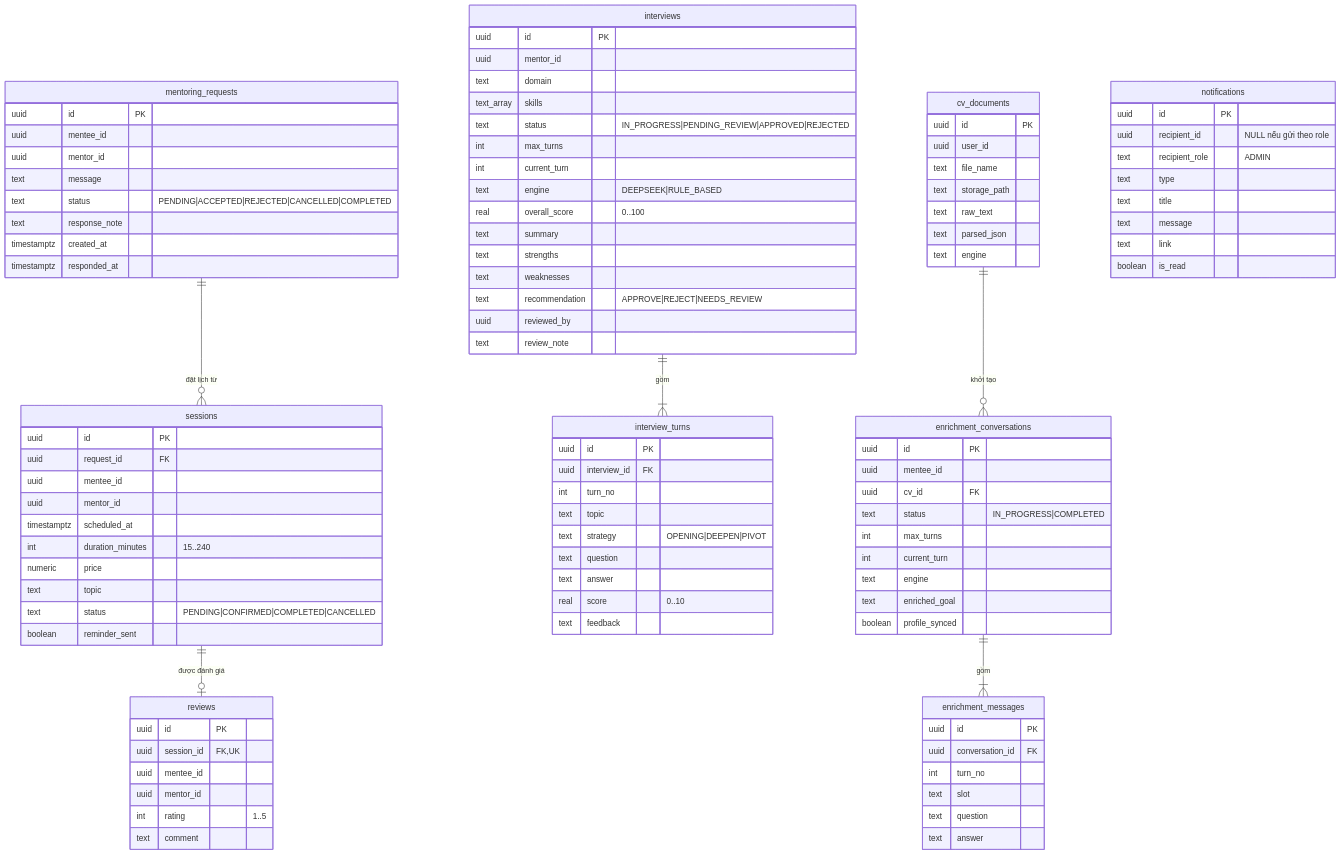
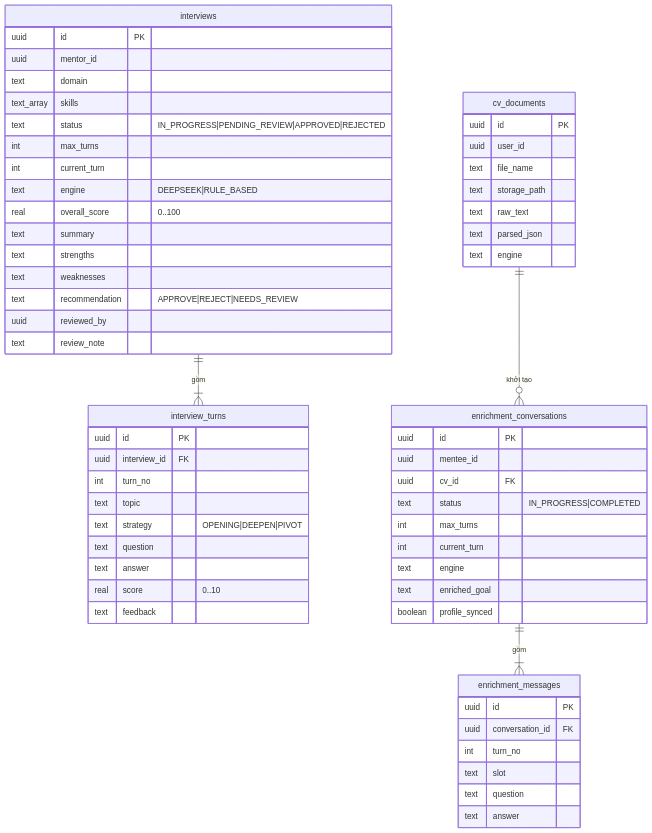
One commit to quangpham10212004/do_an_2026 changed the fourth of 6 diagrams in docs/database-design.md. Above: the diagram before and after it, drawn with Mermaid. The commit also changed 84 other files, not shown here.

````diff
--- a/docs/database-design.md
+++ b/docs/database-design.md
@@ -120,51 +182,9 @@
 ```mermaid
 erDiagram
-    mentoring_requests ||--o{ sessions : "đặt lịch từ"
-    sessions ||--o| reviews : "được đánh giá"
     interviews ||--|{ interview_turns : "gồm"
     cv_documents ||--o{ enrichment_conversations : "khởi tạo"
     enrichment_conversations ||--|{ enrichment_messages : "gồm"
 
-    mentoring_requests {
-        uuid id PK
-        uuid mentee_id
-        uuid mentor_id
-        text message
-        text status "PENDING|ACCEPTED|REJECTED|CANCELLED|COMPLETED"
-        text response_note
-        timestamptz created_at
-        timestamptz responded_at
-    }
-    sessions {
-        uuid id PK
-        uuid request_id FK
-        uuid mentee_id
-        uuid mentor_id
-        timestamptz scheduled_at
-        int duration_minutes "15..240"
-        numeric price
-        text topic
-        text status "PENDING|CONFIRMED|COMPLETED|CANCELLED"
-        boolean reminder_sent
-    }
-    reviews {
-        uuid id PK
-        uuid session_id FK,UK
-        uuid mentee_id
-        uuid mentor_id
-        int rating "1..5"
-        text comment
-    }
-    notifications {
-        uuid id PK
-        uuid recipient_id "NULL nếu gửi theo role"
-        text recipient_role "ADMIN"
-        text type
-        text title
-        text message
-        text link
-        boolean is_read
-    }
     interviews {
         uuid id PK
         uuid mentor_id
````
